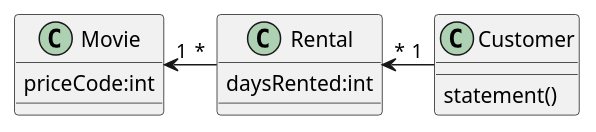
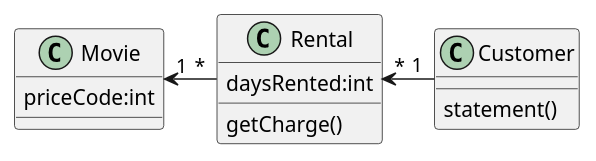
Before and after one commit to hiroshima-arc/re_zero_tdd: the second of 3 diagrams in docs/src/spec/video_rental.adoc, drawn with PlantUML. The commit also changed 4 other files, not shown here.

```diff
--- a/docs/src/spec/video_rental.adoc
+++ b/docs/src/spec/video_rental.adoc
@@ -36,14 +36,15 @@
 [plantuml]
 ----
 class Movie {
   priceCode:int
 }
 class Rental {
   daysRented:int
+  getCharge()
 }
 class Customer {
   statement()
 }
 Movie "1"<-"*" Rental
 Rental "*"<-"1" Customer
 ----
```
